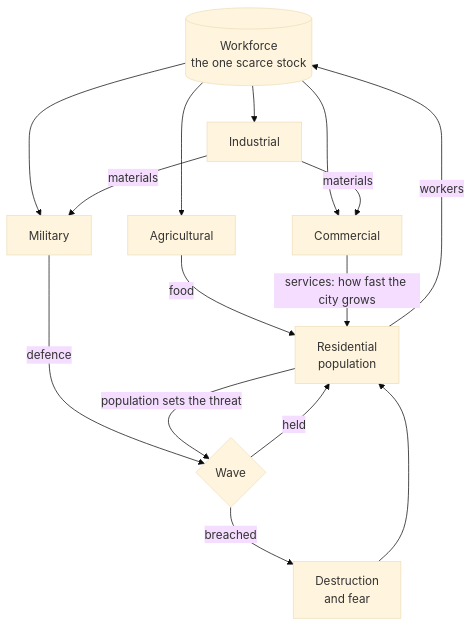
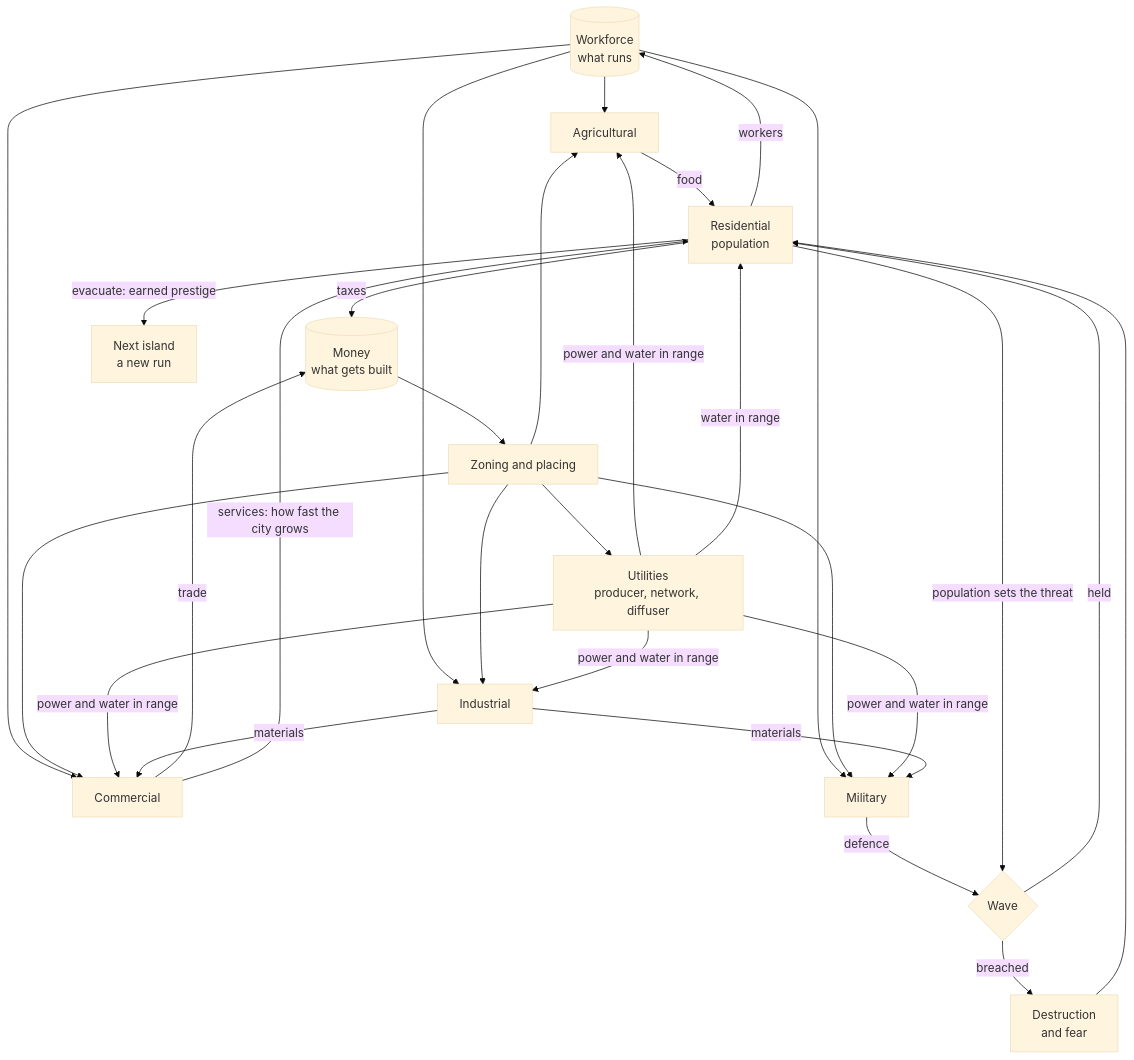
The diagram in logics/product/prod_018_a_city_that_has_to_survive_what_comes_out_of_the_sea.md (AlexAgo83/city-jump), drawn with Mermaid (base theme) before and after one commit. The commit also changed other lines of this file, not shown here.

First line of the commit message:
Settle the run, the utilities and the money in the brief

````diff
--- a/logics/product/prod_018_a_city_that_has_to_survive_what_comes_out_of_the_sea.md
+++ b/logics/product/prod_018_a_city_that_has_to_survive_what_comes_out_of_the_sea.md
@@ -27,19 +36,33 @@
 ```mermaid
 %% logics-kind: product
 %% logics-signature: product|a_city_that_has_to_survive_what_comes_out_of_the_sea|generated
 flowchart TD
-    Workers[("Workforce<br/>the one scarce stock")] --> Farm[Agricultural]
+    Workers[("Workforce<br/>what runs")] --> Farm[Agricultural]
     Workers --> Industry[Industrial]
     Workers --> Commerce[Commercial]
     Workers --> Military[Military]
-    Farm -->|food| People[Residential<br/>population]
+    Money[("Money<br/>what gets built")] --> Build[Zoning and placing]
+    Build --> Farm
+    Build --> Industry
+    Build --> Commerce
+    Build --> Military
+    Build --> Utility[Utilities<br/>producer, network, diffuser]
+    Utility -->|power and water in range| Farm
+    Utility -->|power and water in range| Industry
+    Utility -->|power and water in range| Commerce
+    Utility -->|power and water in range| Military
+    Utility -->|water in range| People[Residential<br/>population]
+    Farm -->|food| People
     People -->|workers| Workers
+    People -->|taxes| Money
+    Commerce -->|trade| Money
     Industry -->|materials| Military
     Industry -->|materials| Commerce
     Commerce -->|services: how fast the city grows| People
     Military -->|defence| Survival{Wave}
     People -->|"population sets the threat"| Survival
     Survival -->|held| People
     Survival -->|breached| Ruins[Destruction<br/>and fear]
     Ruins --> People
+    People -->|"evacuate: earned prestige"| Island[Next island<br/>a new run]
 ```
````
